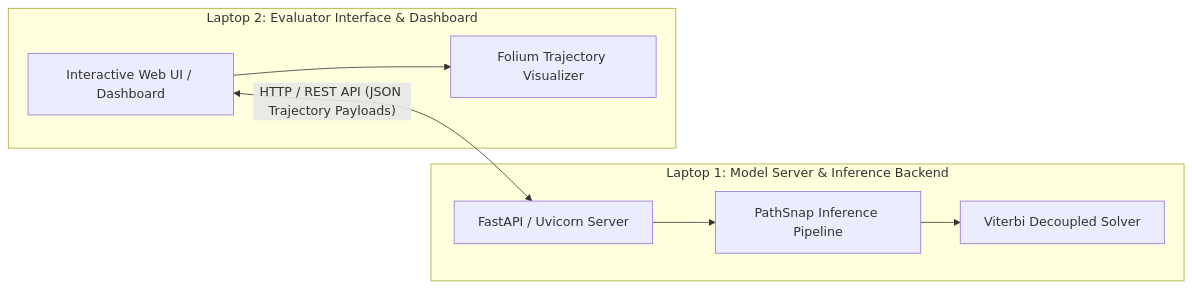
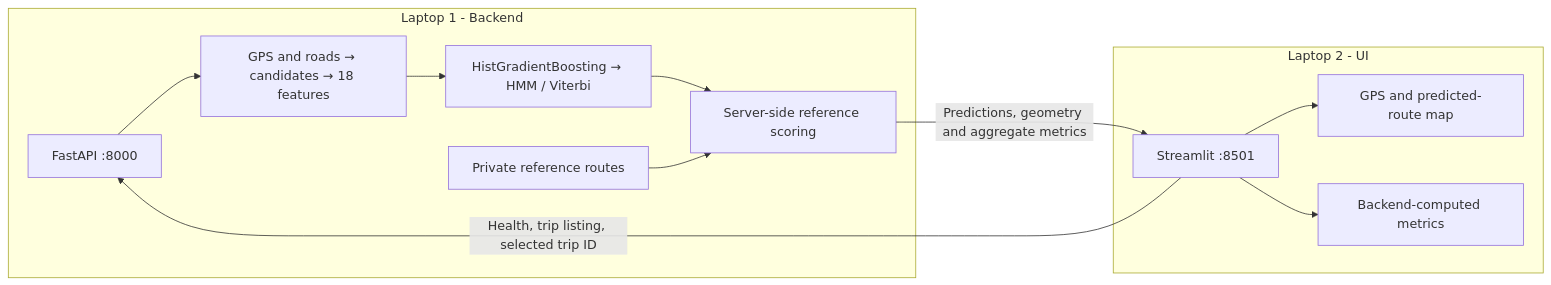
The diagram in README.md (shashankv2303/pathsnap), drawn with Mermaid before and after one commit. The commit also changed other lines of this file, not shown here.

````diff
--- a/README.md
+++ b/README.md
@@ -361,17 +14,15 @@
 ```mermaid
 flowchart LR
-    subgraph Laptop1 ["Laptop 1: Model Server & Inference Backend"]
-        FastAPI["FastAPI / Uvicorn Server"]
-        ModelWorker["PathSnap Inference Pipeline"]
-        HMMDecoder["Viterbi Decoupled Solver"]
-        FastAPI --> ModelWorker --> HMMDecoder
+    subgraph Laptop1["Laptop 1 - Backend"]
+        API["FastAPI :8000"] --> Pipeline["GPS and roads → candidates → 18 features"]
+        Pipeline --> Model["HistGradientBoosting → HMM / Viterbi"]
+        Model --> Scoring["Server-side reference scoring"]
+        Private["Private reference routes"] --> Scoring
     end
-
-    subgraph Laptop2 ["Laptop 2: Evaluator Interface & Dashboard"]
-        StreamlitUI["Interactive Web UI / Dashboard"]
-        FoliumViewer["Folium Trajectory Visualizer"]
-        StreamlitUI --> FoliumViewer
+    subgraph Laptop2["Laptop 2 - UI"]
+        UI["Streamlit :8501"] --> Map["GPS and predicted-route map"]
+        UI --> Metrics["Backend-computed metrics"]
     end
-
-    StreamlitUI <-->|"HTTP / REST API (JSON Trajectory Payloads)"| FastAPI
+    UI -->|"Health, trip listing, selected trip ID"| API
+    Scoring -->|"Predictions, geometry and aggregate metrics"| UI
 ```
````
